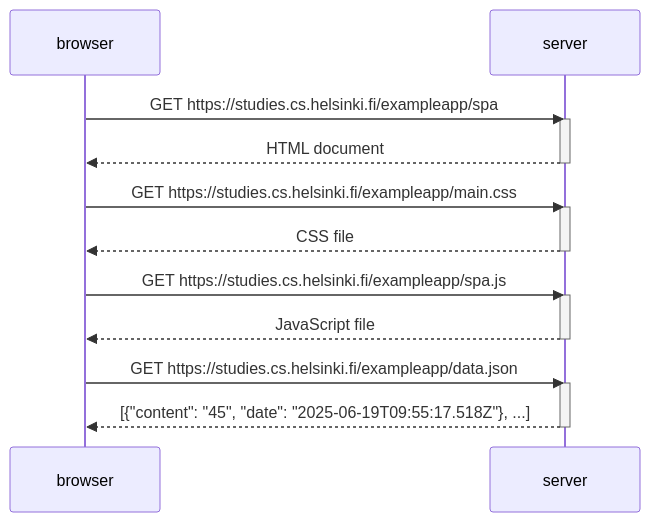
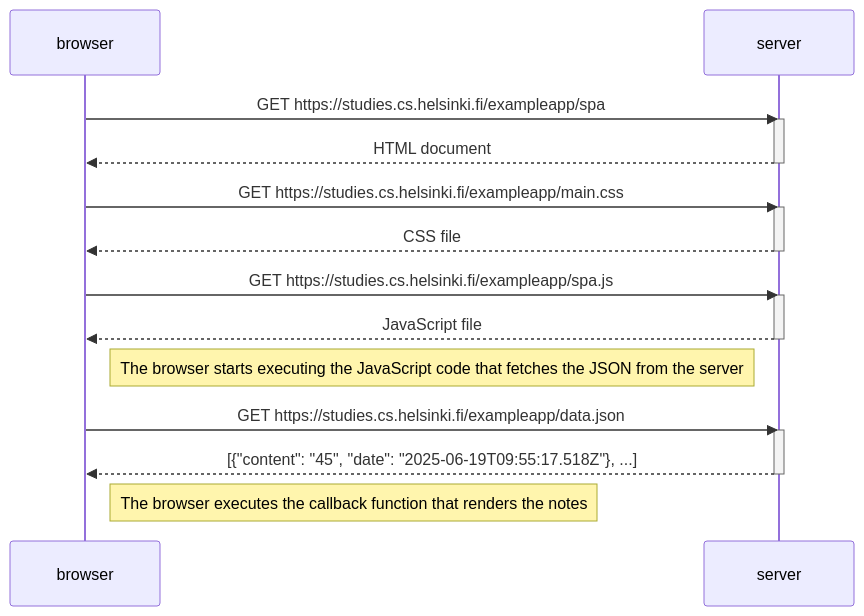
The diagram in part0/05_answer.md (jungmanntobias/fullstackopen), drawn with Mermaid before and after one commit.

Commit message:
Added comments to 0.5

````diff
--- a/part0/05_answer.md
+++ b/part0/05_answer.md
@@ -1,27 +1,30 @@
 ```mermaid
 sequenceDiagram
     participant browser
     participant server
 
     browser->>server: GET https://studies.cs.helsinki.fi/exampleapp/spa
     activate server
     server-->>browser: HTML document
     deactivate server
 
     browser->>server: GET https://studies.cs.helsinki.fi/exampleapp/main.css
     activate server
     server-->>browser: CSS file
     deactivate server
 
     browser->>server: GET https://studies.cs.helsinki.fi/exampleapp/spa.js
     activate server
     server-->>browser: JavaScript file
     deactivate server
+    
+    Note right of browser: The browser starts executing the JavaScript code that fetches the JSON from the server
 
     browser->>server: GET https://studies.cs.helsinki.fi/exampleapp/data.json
     activate server
     server-->>browser: [{"content": "45", "date": "2025-06-19T09:55:17.518Z"}, ...]
     deactivate server
 
+    Note right of browser: The browser executes the callback function that renders the notes
 
 ```
````
